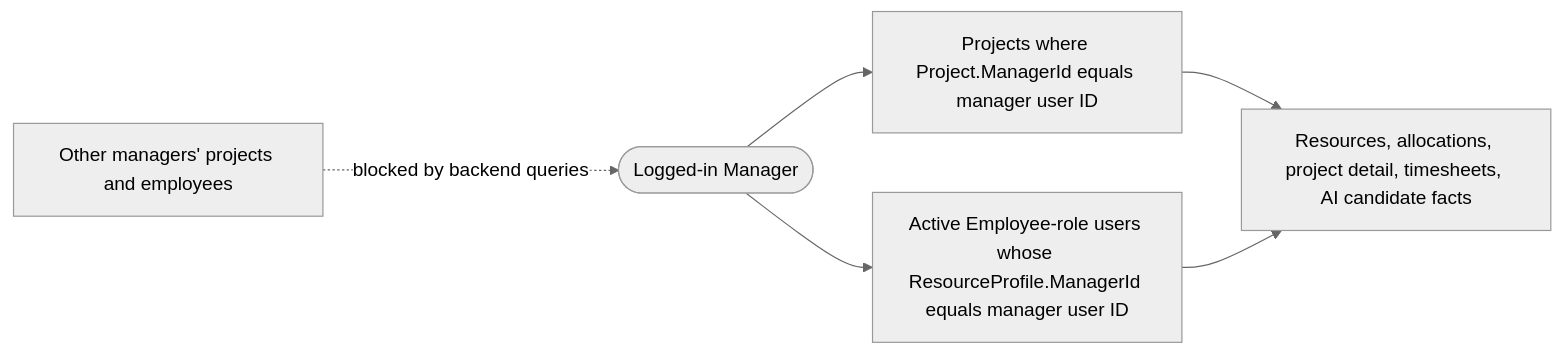
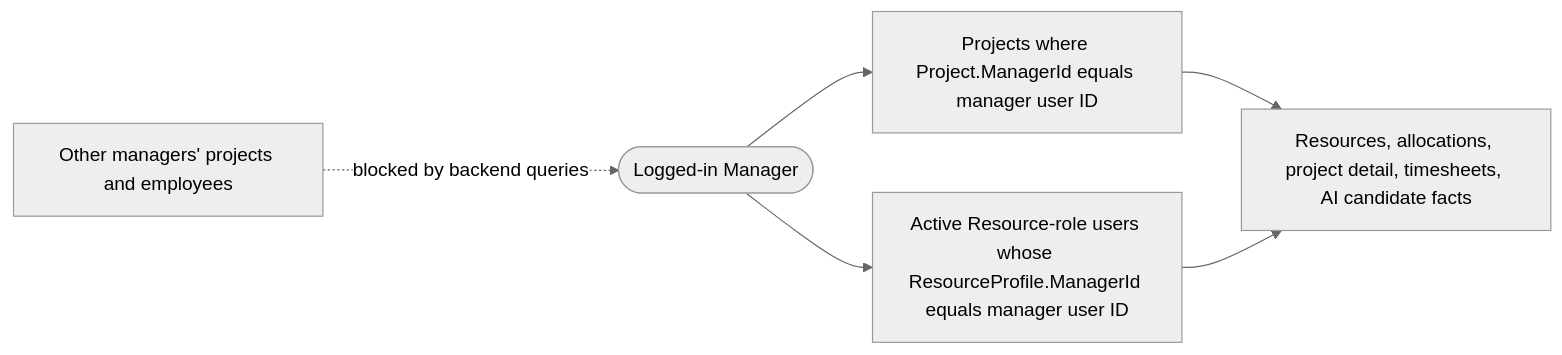
Before and after one commit to AayushGargITT/AayushGarg-LearnCode-2025-26: the eighth of 17 diagrams in ResourceMindAi/readme.md, drawn with Mermaid (neutral theme). The commit also changed other lines of this file and 43 other files, not shown here.

First line of the commit message:
refactor(role): rename Employee role to Resource

````diff
--- a/ResourceMindAi/readme.md
+++ b/ResourceMindAi/readme.md
@@ -477,14 +477,14 @@
 ```mermaid
 flowchart LR
     Manager([Logged-in Manager])
     OwnedProjects[Projects where Project.ManagerId equals manager user ID]
-    TeamEmployees[Active Employee-role users whose ResourceProfile.ManagerId equals manager user ID]
+    TeamEmployees[Active Resource-role users whose ResourceProfile.ManagerId equals manager user ID]
     Allowed[Resources, allocations, project detail, timesheets, AI candidate facts]
     CompanyData[Other managers' projects and employees]
 
     Manager --> OwnedProjects
     Manager --> TeamEmployees
     OwnedProjects --> Allowed
     TeamEmployees --> Allowed
     CompanyData -. blocked by backend queries .-> Manager
 ```
````
